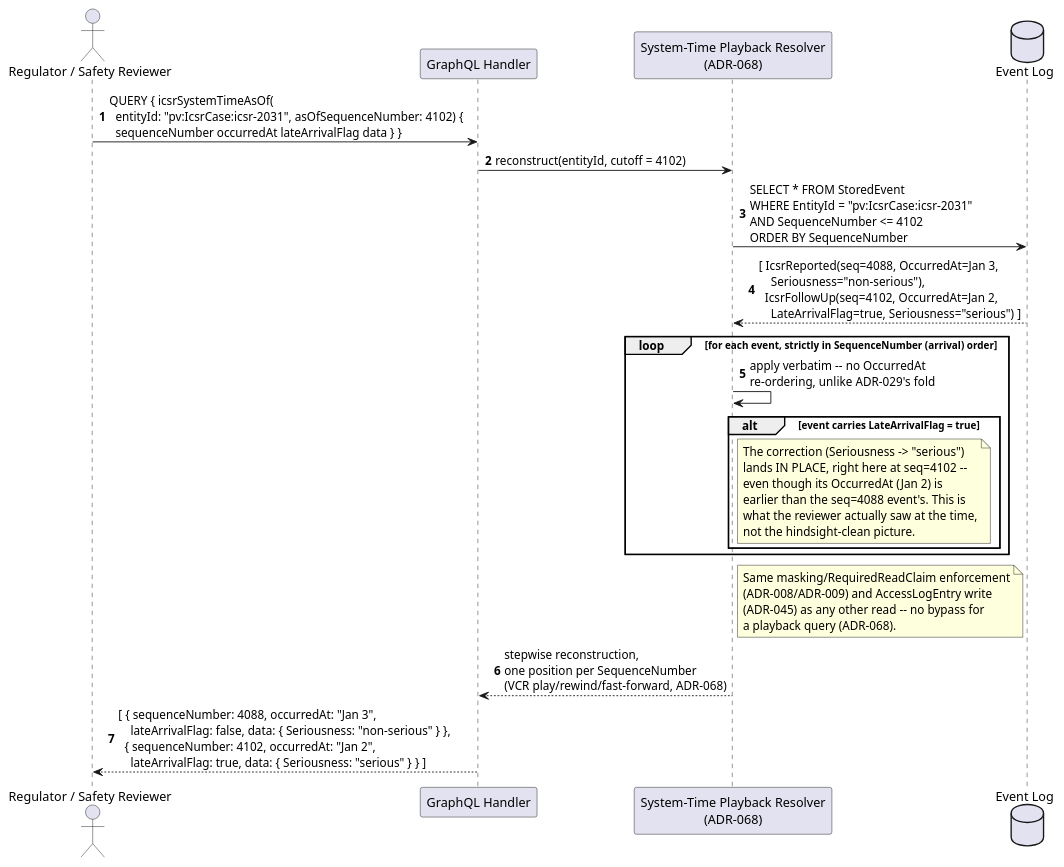
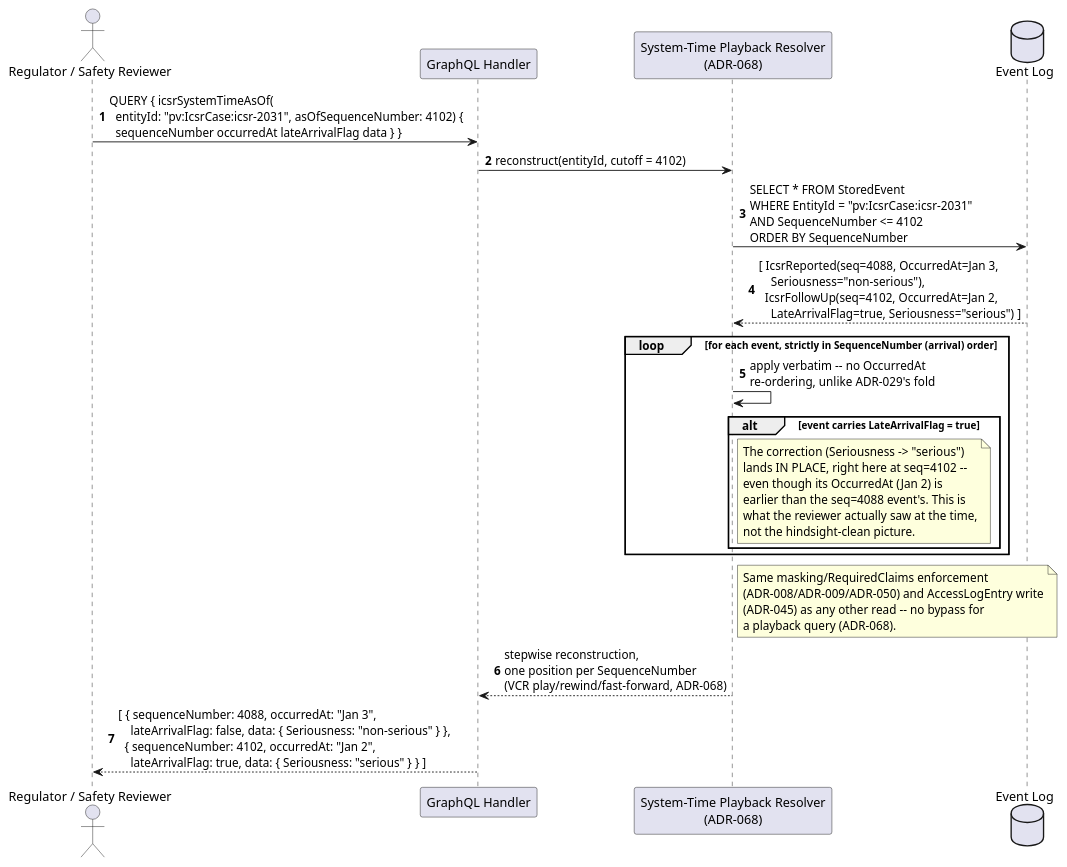
Before and after one commit to Mwwhited-BookLearning/EventSourcing: the second of 8 diagrams in docs/domains/pharmacovigilance/features/icsr-intake-and-signal-review.md, drawn with PlantUML. The commit also changed other lines of this file and 39 other files, not shown here.

````diff
--- a/docs/domains/pharmacovigilance/features/icsr-intake-and-signal-review.md
+++ b/docs/domains/pharmacovigilance/features/icsr-intake-and-signal-review.md
@@ -132,35 +132,35 @@
 ```plantuml
 @startuml Icsr_Bitemporal_Playback_Sequence
 autonumber
 actor "Regulator / Safety Reviewer" as auditor
 participant "GraphQL Handler" as handler
 participant "System-Time Playback Resolver\n(ADR-068)" as playback
 database "Event Log" as eventLog
 
 auditor -> handler: QUERY { icsrSystemTimeAsOf(\n  entityId: "pv:IcsrCase:icsr-2031", asOfSequenceNumber: 4102) {\n  sequenceNumber occurredAt lateArrivalFlag data } }
 handler -> playback: reconstruct(entityId, cutoff = 4102)
 playback -> eventLog: SELECT * FROM StoredEvent\nWHERE EntityId = "pv:IcsrCase:icsr-2031"\nAND SequenceNumber <= 4102\nORDER BY SequenceNumber
 eventLog --> playback: [ IcsrReported(seq=4088, OccurredAt=Jan 3,\n    Seriousness="non-serious"),\n  IcsrFollowUp(seq=4102, OccurredAt=Jan 2,\n    LateArrivalFlag=true, Seriousness="serious") ]
 loop for each event, strictly in SequenceNumber (arrival) order
   playback -> playback: apply verbatim -- no OccurredAt\nre-ordering, unlike ADR-029's fold
   alt event carries LateArrivalFlag = true
     note right of playback
       The correction (Seriousness -> "serious")
       lands IN PLACE, right here at seq=4102 --
       even though its OccurredAt (Jan 2) is
       earlier than the seq=4088 event's. This is
       what the reviewer actually saw at the time,
       not the hindsight-clean picture.
     end note
   end
 end
 note right of playback
-  Same masking/RequiredReadClaim enforcement
-  (ADR-008/ADR-009) and AccessLogEntry write
+  Same masking/RequiredClaims enforcement
+  (ADR-008/ADR-009/ADR-050) and AccessLogEntry write
   (ADR-045) as any other read -- no bypass for
   a playback query (ADR-068).
 end note
 playback --> handler: stepwise reconstruction,\none position per SequenceNumber\n(VCR play/rewind/fast-forward, ADR-068)
 handler --> auditor: [ { sequenceNumber: 4088, occurredAt: "Jan 3",\n    lateArrivalFlag: false, data: { Seriousness: "non-serious" } },\n  { sequenceNumber: 4102, occurredAt: "Jan 2",\n    lateArrivalFlag: true, data: { Seriousness: "serious" } } ]
 @enduml
 ```
````
